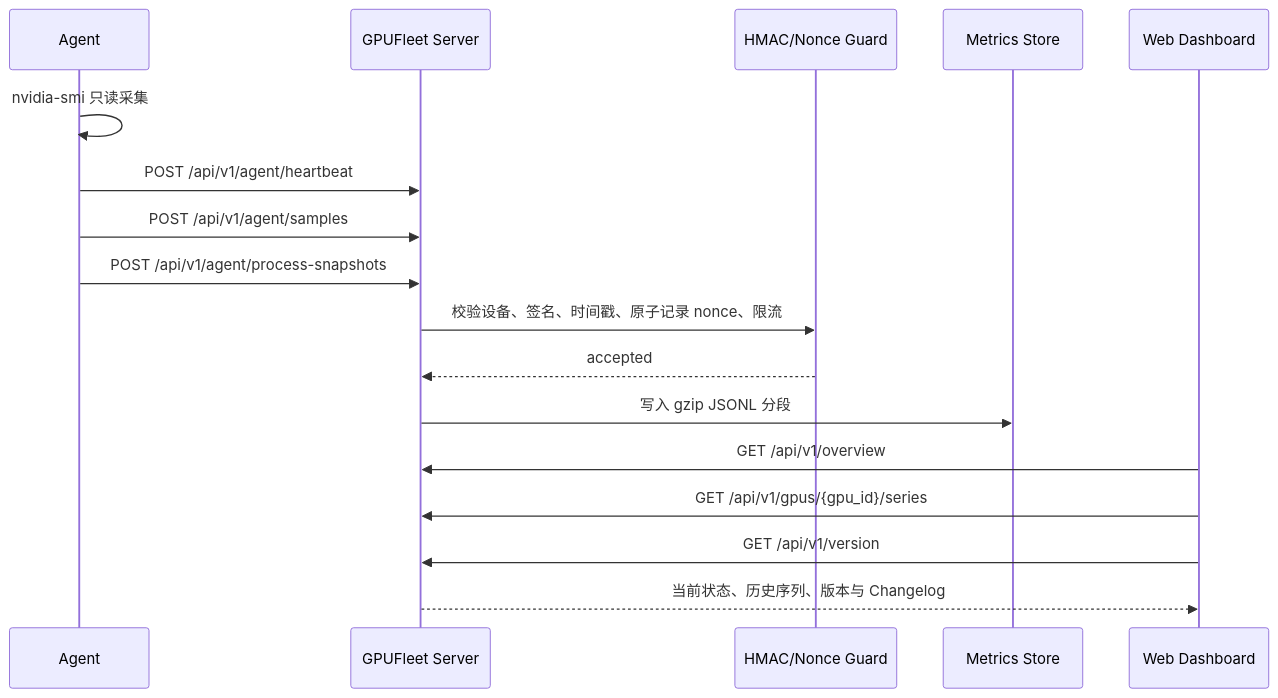
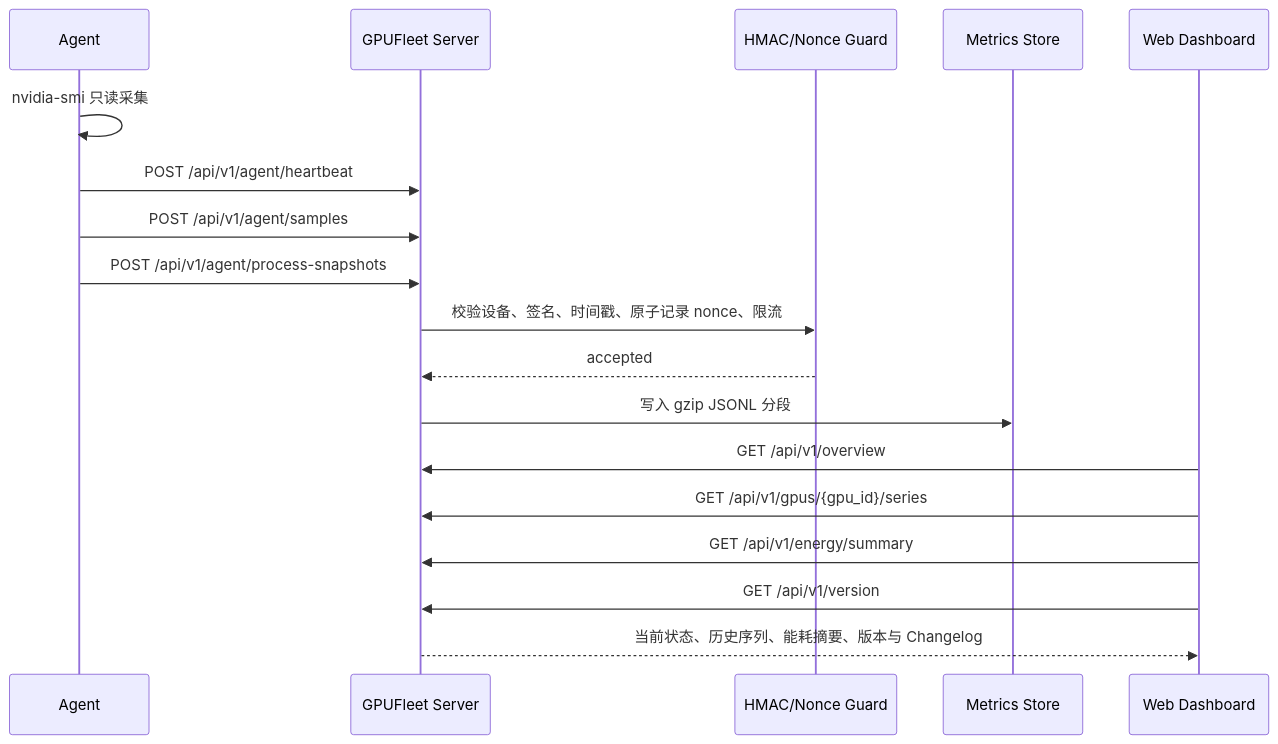
The third of 8 diagrams in README.md (stlin256/GPU-Fleet), drawn with Mermaid before and after one commit. The commit also changed other lines of this file and 13 other files, not shown here.

````diff
--- a/README.md
+++ b/README.md
@@ -104,20 +105,21 @@
 ```mermaid
 sequenceDiagram
   participant Agent as Agent
   participant Server as GPUFleet Server
   participant Auth as HMAC/Nonce Guard
   participant Store as Metrics Store
   participant Web as Web Dashboard
 
   Agent->>Agent: nvidia-smi 只读采集
   Agent->>Server: POST /api/v1/agent/heartbeat
   Agent->>Server: POST /api/v1/agent/samples
   Agent->>Server: POST /api/v1/agent/process-snapshots
   Server->>Auth: 校验设备、签名、时间戳、原子记录 nonce、限流
   Auth-->>Server: accepted
   Server->>Store: 写入 gzip JSONL 分段
   Web->>Server: GET /api/v1/overview
   Web->>Server: GET /api/v1/gpus/{gpu_id}/series
+  Web->>Server: GET /api/v1/energy/summary
   Web->>Server: GET /api/v1/version
-  Server-->>Web: 当前状态、历史序列、版本与 Changelog
+  Server-->>Web: 当前状态、历史序列、能耗摘要、版本与 Changelog
 ```
````
